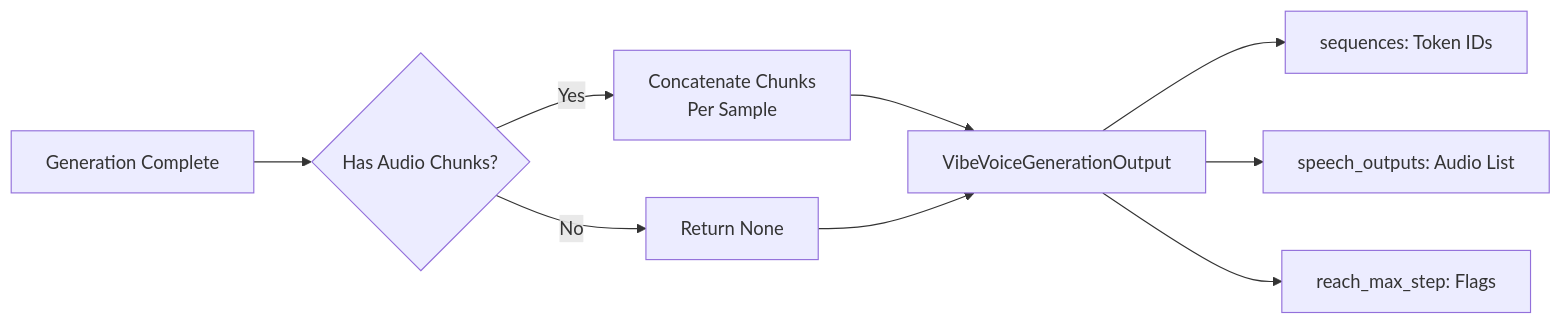
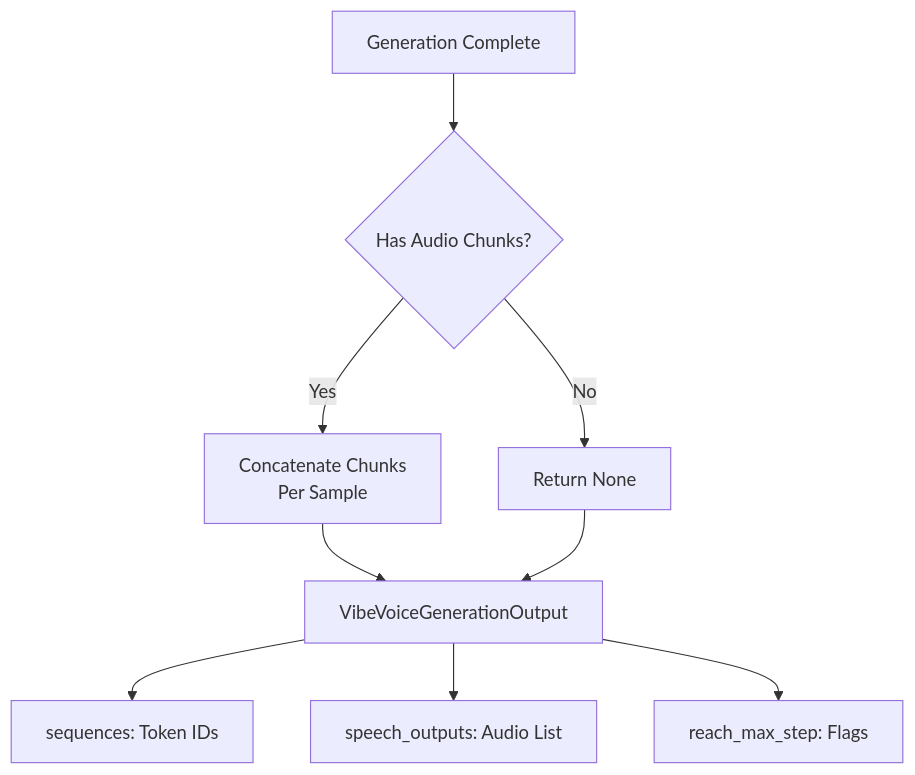
One commit to zhao-kun/vibevoice changed diagram 17 of 19 in docs/vibevoice_inference_architecture.md. Above: the diagram before and after it, drawn with Mermaid. The commit also changed other lines of this file, not shown here.

````diff
--- a/docs/vibevoice_inference_architecture.md
+++ b/docs/vibevoice_inference_architecture.md
@@ -697,13 +979,13 @@
 ```mermaid
-flowchart LR
+flowchart TD
     A[Generation Complete] --> B{Has Audio Chunks?}
     B -->|Yes| C[Concatenate Chunks<br/>Per Sample]
     B -->|No| D[Return None]
 
     C --> E[VibeVoiceGenerationOutput]
     D --> E
 
     E --> F[sequences: Token IDs]
     E --> G[speech_outputs: Audio List]
     E --> H[reach_max_step: Flags]
 ```
````
